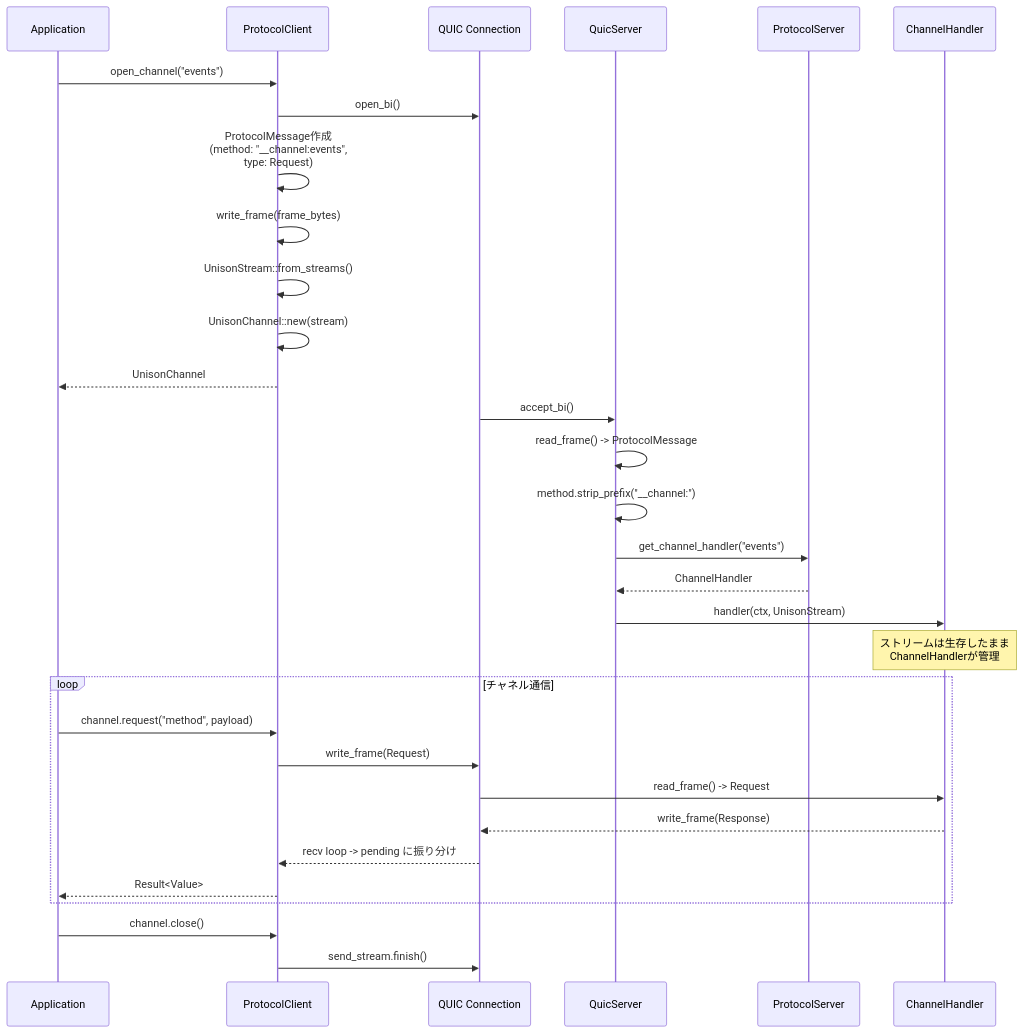
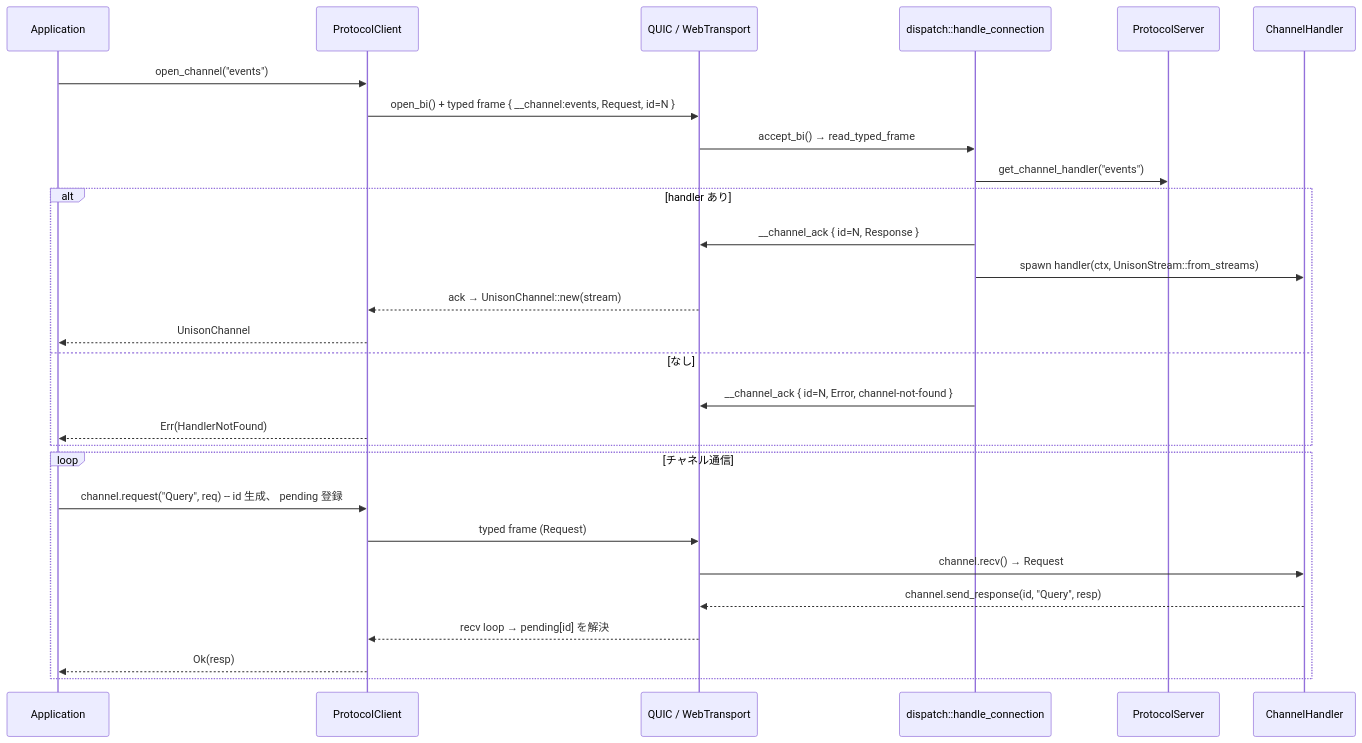
Before and after one commit to chronista-club/club-unison: the diagram in design/architecture.md, drawn with Mermaid. The commit also changed other lines of this file and 118 other files, not shown here.

````diff
--- a/design/architecture.md
+++ b/design/architecture.md
@@ -183,39 +116,32 @@
 ```mermaid
 sequenceDiagram
     participant App as Application
     participant PC as ProtocolClient
-    participant Net as QUIC Connection
-    participant QS as QuicServer
+    participant Net as QUIC / WebTransport
+    participant D as dispatch::handle_connection
     participant PS as ProtocolServer
     participant CH as ChannelHandler
 
     App->>PC: open_channel("events")
-
-    PC->>Net: open_bi()
-    PC->>PC: ProtocolMessage作成<br/>(method: "__channel:events",<br/>type: Request)
-    PC->>PC: write_frame(frame_bytes)
-    PC->>PC: UnisonStream::from_streams()
-    PC->>PC: UnisonChannel::new(stream)
-    PC-->>App: UnisonChannel
-
-    Net->>QS: accept_bi()
-    QS->>QS: read_frame() -> ProtocolMessage
-    QS->>QS: method.strip_prefix("__channel:")
-    QS->>PS: get_channel_handler("events")
-    PS-->>QS: ChannelHandler
-
-    QS->>CH: handler(ctx, UnisonStream)
-    Note over CH: ストリームは生存したまま<br/>ChannelHandlerが管理
+    PC->>Net: open_bi() + typed frame { __channel:events, Request, id=N }
+    Net->>D: accept_bi() → read_typed_frame
+    D->>PS: get_channel_handler("events")
+    alt handler あり
+        D->>Net: __channel_ack { id=N, Response }
+        D->>CH: spawn handler(ctx, UnisonStream::from_streams)
+        Net-->>PC: ack → UnisonChannel::new(stream)
+        PC-->>App: UnisonChannel
+    else なし
+        D->>Net: __channel_ack { id=N, Error, channel-not-found }
+        PC-->>App: Err(HandlerNotFound)
+    end
 
     loop チャネル通信
-        App->>PC: channel.request("method", payload)
-        PC->>Net: write_frame(Request)
-        Net->>CH: read_frame() -> Request
-        CH-->>Net: write_frame(Response)
-        Net-->>PC: recv loop -> pending に振り分け
-        PC-->>App: Result<Value>
+        App->>PC: channel.request("Query", req)   -- id 生成、 pending 登録
+        PC->>Net: typed frame (Request)
+        Net->>CH: channel.recv() → Request
+        CH-->>Net: channel.send_response(id, "Query", resp)
+        Net-->>PC: recv loop → pending[id] を解決
+        PC-->>App: Ok(resp)
     end
-
-    App->>PC: channel.close()
-    PC->>Net: send_stream.finish()
 ```
````
